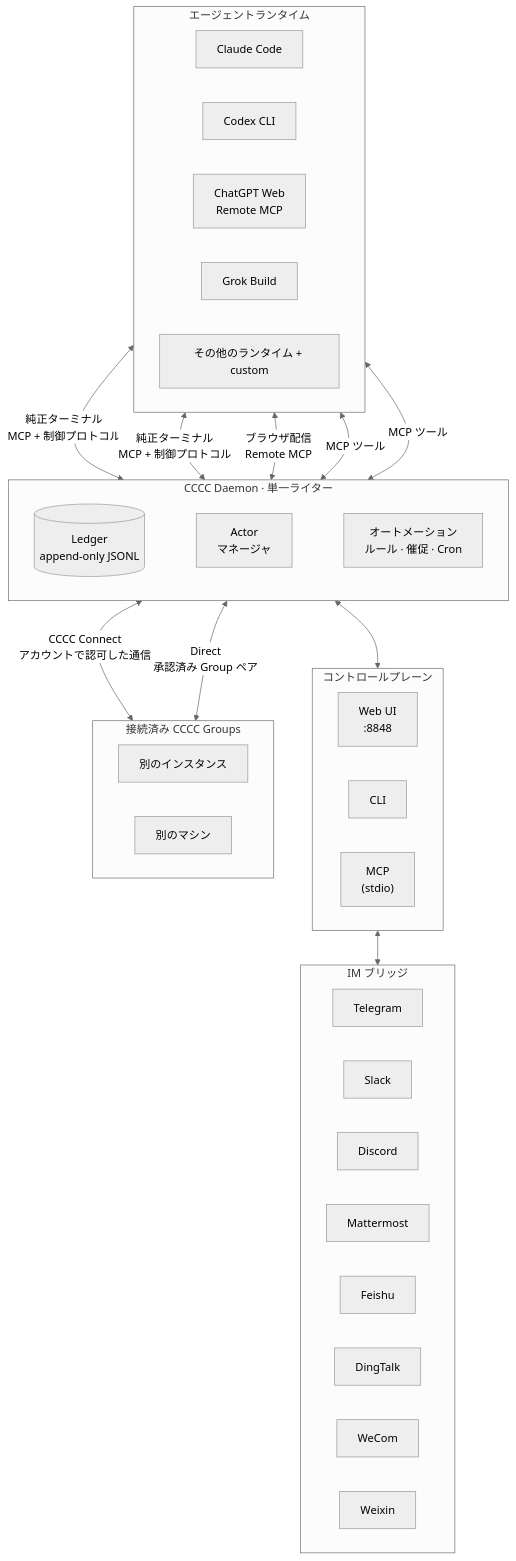
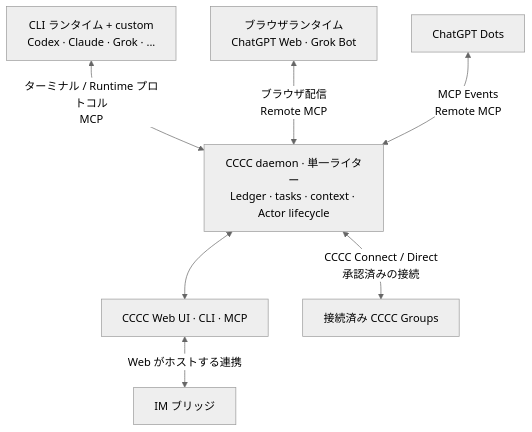
The diagram in README.ja.md (ChesterRa/cccc), drawn with Mermaid (neutral theme) before and after one commit. The commit also changed other lines of this file and 34 other files, not shown here.

````diff
--- a/README.ja.md
+++ b/README.ja.md
@@ -180,55 +180,17 @@
 ```mermaid
 graph TB
-    subgraph Agents["エージェントランタイム"]
-        direction LR
-        A1["Claude Code"]
-        A2["Codex CLI"]
-        A3["ChatGPT Web<br/>Remote MCP"]
-        A4["Grok Build"]
-        A5["その他のランタイム + custom"]
-    end
+    A1["CLI ランタイム + custom<br/>Codex · Claude · Grok · ..."]
+    A3["ブラウザランタイム<br/>ChatGPT Web · Grok Bot"]
+    A6["ChatGPT Dots"]
+    Daemon["CCCC daemon · 単一ライター<br/>Ledger · tasks · context · Actor lifecycle"]
+    Ports["CCCC Web UI · CLI · MCP"]
+    IM["IM ブリッジ"]
+    Remote["接続済み CCCC Groups"]
 
-    subgraph Daemon["CCCC Daemon · 単一ライター"]
-        direction LR
-        Ledger[("Ledger<br/>append-only JSONL")]
-        ActorMgr["Actor<br/>マネージャ"]
-        Auto["オートメーション<br/>ルール · 催促 · Cron"]
-        Ledger ~~~ ActorMgr ~~~ Auto
-    end
-
-    subgraph Ports["コントロールプレーン"]
-        direction LR
-        Web["Web UI<br/>:8848"]
-        CLI["CLI"]
-        MCP["MCP<br/>(stdio)"]
-    end
-
-    subgraph IM["IM ブリッジ"]
-        direction LR
-        TG["Telegram"]
-        SL["Slack"]
-        DC["Discord"]
-        MM["Mattermost"]
-        FS["Feishu"]
-        DT["DingTalk"]
-        WC["WeCom"]
-        WX["Weixin"]
-    end
-
-    subgraph Remote["接続済み CCCC Groups"]
-        direction LR
-        RG1["別のインスタンス"]
-        RG2["別のマシン"]
-    end
-
-    A1 <-->|純正ターミナル<br/>MCP + 制御プロトコル| Daemon
-    A2 <-->|純正ターミナル<br/>MCP + 制御プロトコル| Daemon
+    A1 <-->|ターミナル / Runtime プロトコル<br/>MCP| Daemon
     A3 <-->|ブラウザ配信<br/>Remote MCP| Daemon
-    A4 <-->|MCP ツール| Daemon
-    A5 <-->|MCP ツール| Daemon
+    A6 <-->|MCP Events<br/>Remote MCP| Daemon
     Daemon <--> Ports
-    Web <--> IM
-    Daemon <-->|CCCC Connect<br/>アカウントで認可した通信| RG1
-    Daemon <-->|Direct<br/>承認済み Group ペア| RG2
-
+    Ports <-->|Web がホストする連携| IM
+    Daemon <-->|CCCC Connect / Direct<br/>承認済みの接続| Remote
 ```
````
